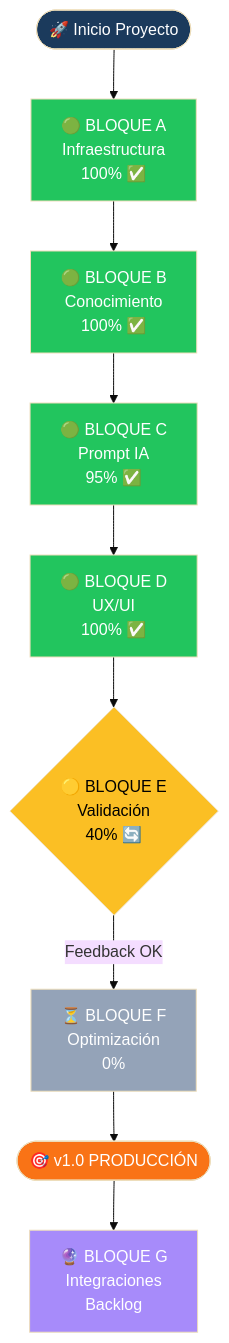
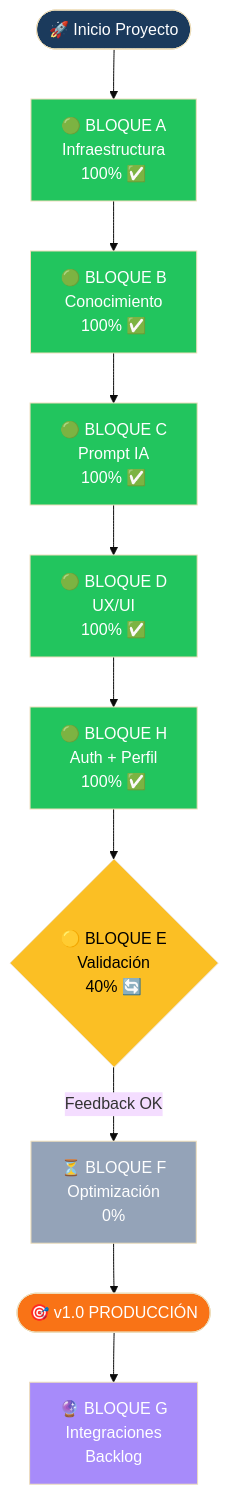
Before and after one commit to JnSbstnRivera/WINDMAR-AI-AGENT: the second of 13 diagrams in ROADMAP.md, drawn with Mermaid (base theme). The commit also changed other lines of this file, not shown here.

Commit message:
docs: update roadmap — add Bloque H (Auth+Perfil), bump to 82%

````diff
--- a/ROADMAP.md
+++ b/ROADMAP.md
@@ -52,22 +65,24 @@
 ```mermaid
 flowchart TD
     Start([🚀 Inicio Proyecto]) --> A
     A[🟢 BLOQUE A<br/>Infraestructura<br/>100% ✅]
     A --> B[🟢 BLOQUE B<br/>Conocimiento<br/>100% ✅]
-    B --> C[🟢 BLOQUE C<br/>Prompt IA<br/>95% ✅]
+    B --> C[🟢 BLOQUE C<br/>Prompt IA<br/>100% ✅]
     C --> D[🟢 BLOQUE D<br/>UX/UI<br/>100% ✅]
-    D --> E{🟡 BLOQUE E<br/>Validación<br/>40% 🔄}
+    D --> H[🟢 BLOQUE H<br/>Auth + Perfil<br/>100% ✅]
+    H --> E{🟡 BLOQUE E<br/>Validación<br/>40% 🔄}
     E -->|Feedback OK| F[⏳ BLOQUE F<br/>Optimización<br/>0%]
     F --> V1([🎯 v1.0 PRODUCCIÓN])
     V1 --> G[🔮 BLOQUE G<br/>Integraciones<br/>Backlog]
 
     style A fill:#22c55e,color:#fff
     style B fill:#22c55e,color:#fff
     style C fill:#22c55e,color:#fff
     style D fill:#22c55e,color:#fff
+    style H fill:#22c55e,color:#fff
     style E fill:#fbbf24,color:#000
     style F fill:#94a3b8,color:#fff
     style G fill:#a78bfa,color:#fff
     style V1 fill:#f97316,color:#fff
     style Start fill:#1B3A5C,color:#fff
 ```
````
